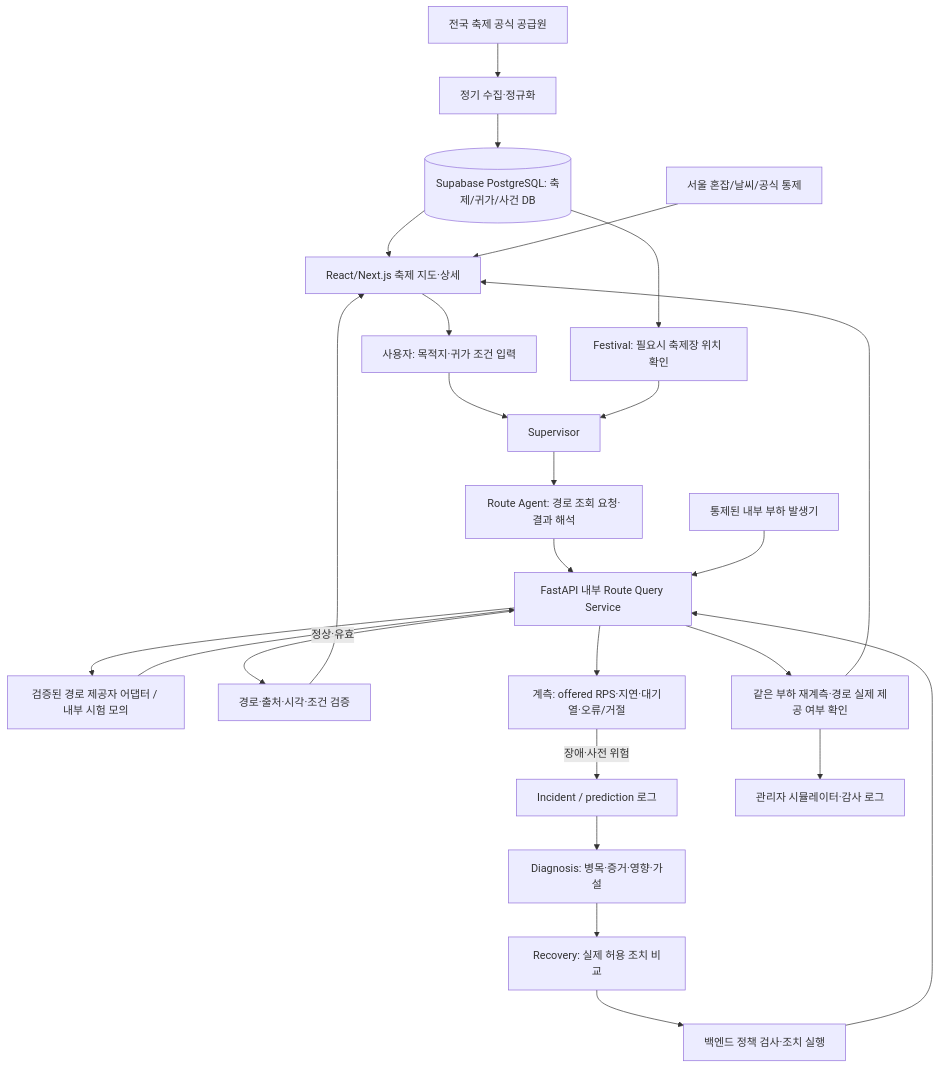
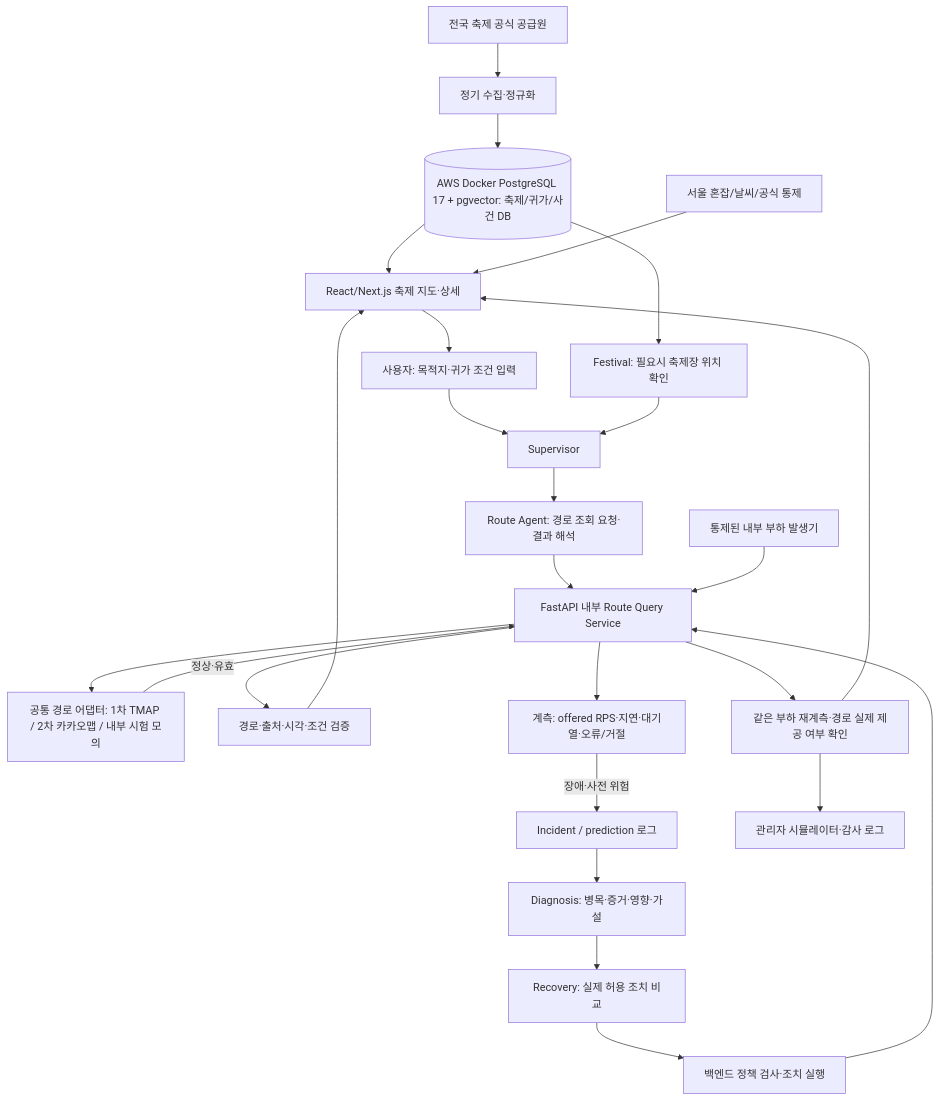
The first of 3 diagrams in Docs/Step 1/놀다가_기획서.md (yubeenjjang/Final3team), drawn with Mermaid before and after one commit. The commit also changed other lines of this file and 1 other file, not shown here.

````diff
--- a/Docs/Step 1/놀다가_기획서.md
+++ b/Docs/Step 1/놀다가_기획서.md
@@ -762,27 +878,27 @@
 ```mermaid
 flowchart TD
   F[전국 축제 공식 공급원] --> I[정기 수집·정규화]
-  I --> DB[(Supabase PostgreSQL: 축제/귀가/사건 DB)]
+  I --> DB[(AWS Docker PostgreSQL 17 + pgvector: 축제/귀가/사건 DB)]
   DB --> UI[React/Next.js 축제 지도·상세]
   UI --> Q[사용자: 목적지·귀가 조건 입력]
   Q --> S[Supervisor]
   DB --> FF[Festival: 필요시 축제장 위치 확인]
   FF --> S
   S --> R[Route Agent: 경로 조회 요청·결과 해석]
   R --> G[FastAPI 내부 Route Query Service]
-  G --> P[검증된 경로 제공자 어댑터 / 내부 시험 모의]
+  G --> P[공통 경로 어댑터: 1차 TMAP / 2차 카카오맵 / 내부 시험 모의]
   P --> G
   G -->|정상·유효| V[경로·출처·시각·조건 검증]
   V --> UI
   LOAD[통제된 내부 부하 발생기] --> G
   G --> MET[계측: offered RPS·지연·대기열·오류/거절]
   MET -->|장애·사전 위험| INC[Incident / prediction 로그]
   INC --> D[Diagnosis: 병목·증거·영향·가설]
   D --> REC[Recovery: 실제 허용 조치 비교]
   REC --> POLICY[백엔드 정책 검사·조치 실행]
   POLICY --> G
   G --> VERIFY[같은 부하 재계측·경로 실제 제공 여부 확인]
   VERIFY --> UI
   VERIFY --> ADMIN[관리자 시뮬레이터·감사 로그]
   SEP[서울 혼잡/날씨/공식 통제] --> UI
 ```
````
